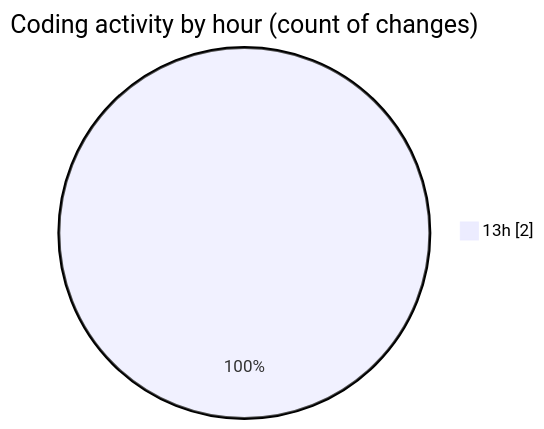
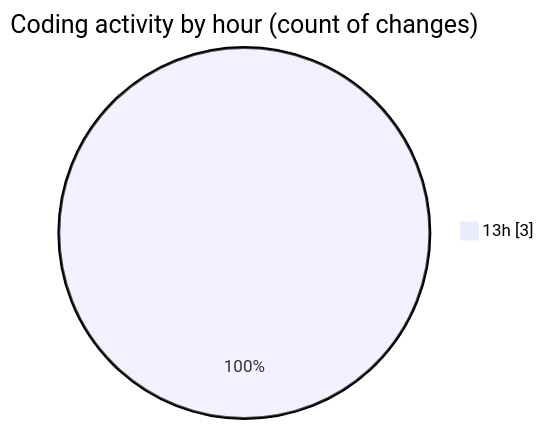
Before and after one commit to robertbonfada/code-tracking: the second of 2 diagrams in 2025-01-14/mbc-web/README.md, drawn with Mermaid. The commit also changed other lines of this file and 1 other file, not shown here.

````diff
--- a/2025-01-14/mbc-web/README.md
+++ b/2025-01-14/mbc-web/README.md
@@ -28,5 +30,5 @@
 ```mermaid
 pie showData
 title Coding activity by hour (count of changes)
-"13h" : 2
+"13h" : 3
 ```
````
